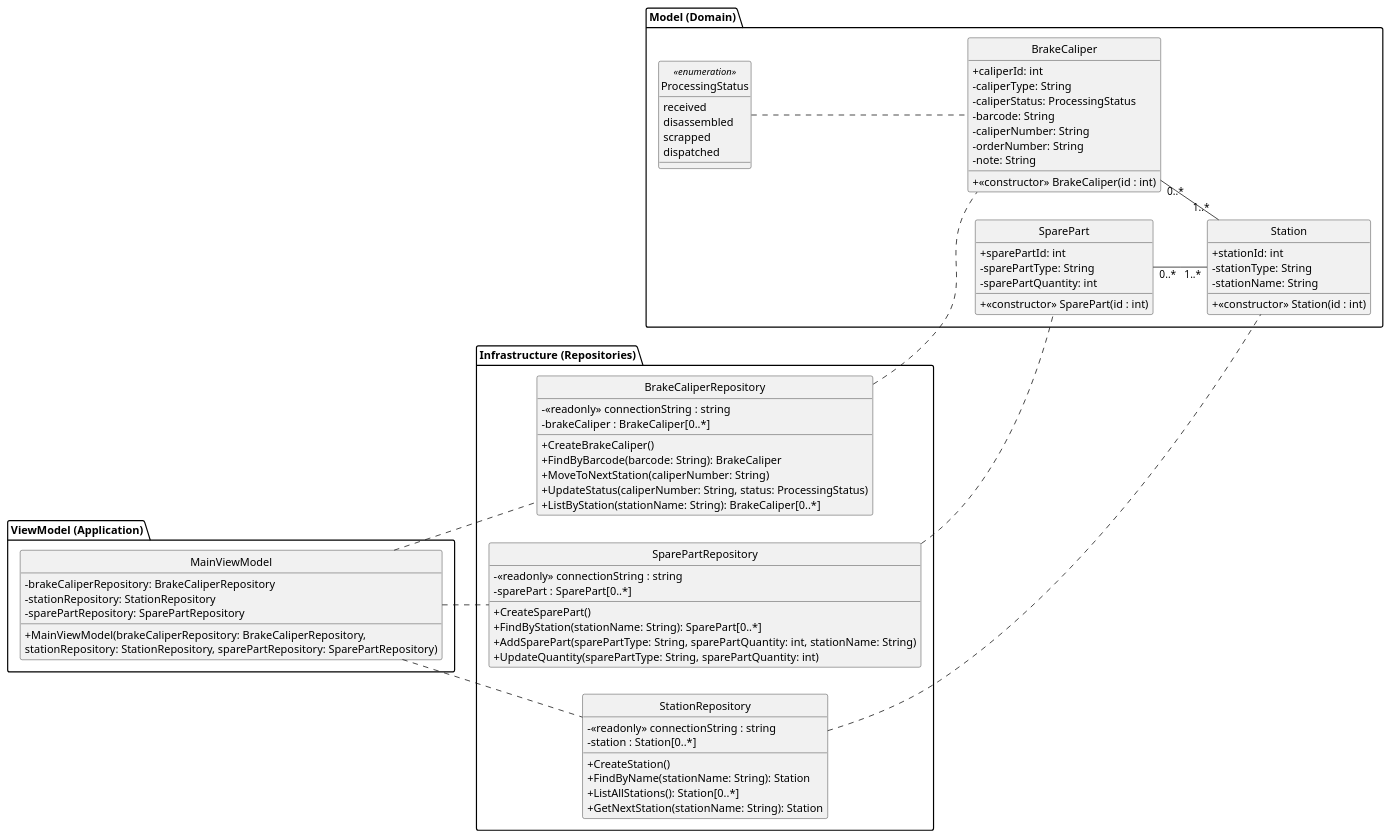
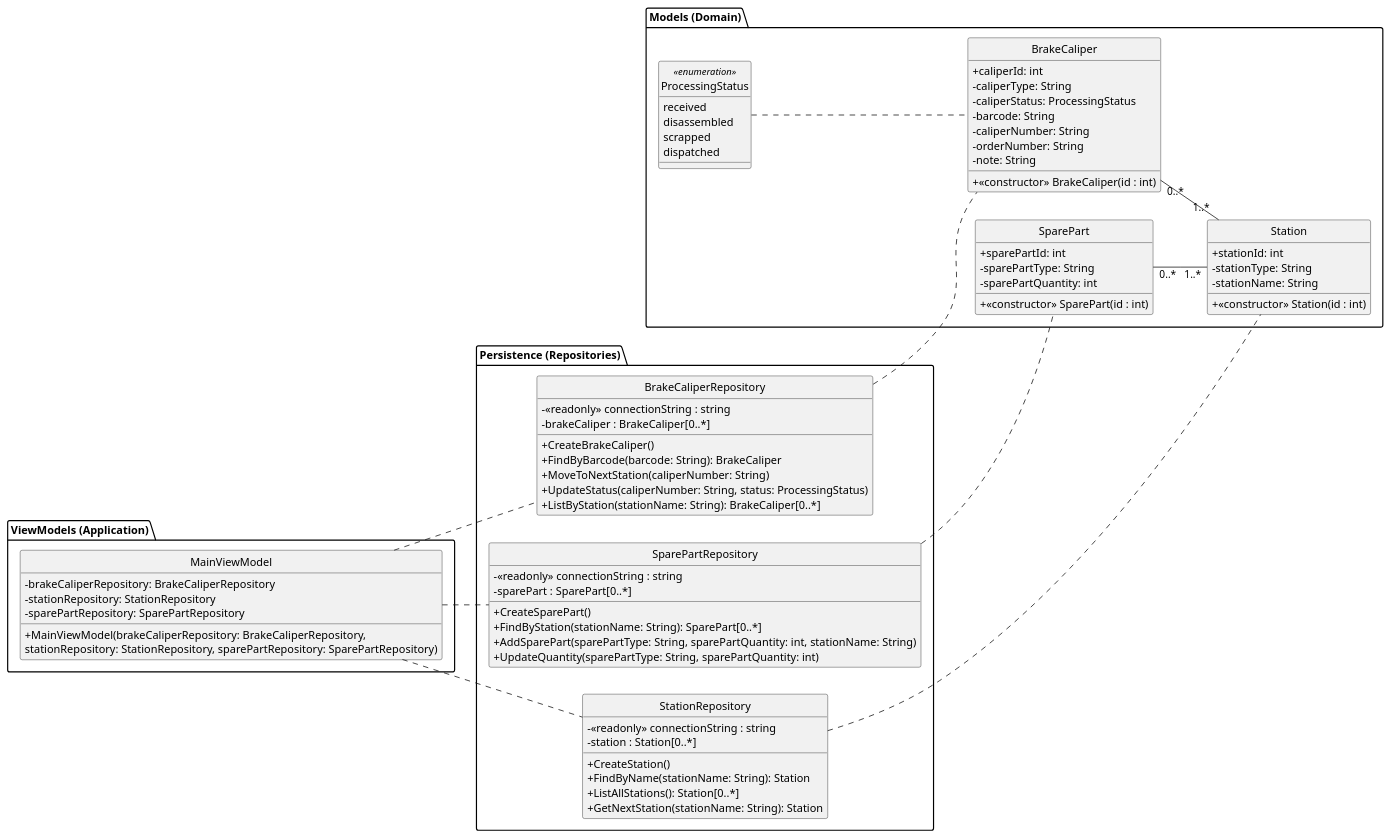
One commit to senan2315/Team-5A-Budweg changed the diagram in Informationsartefakter/13-DCD-Designklassediagram.plantuml. Above: the diagram before and after it, drawn with PlantUML. The commit also changed 18 other files, not shown here.

```diff
--- a/Informationsartefakter/13-DCD-Designklassediagram.plantuml
+++ b/Informationsartefakter/13-DCD-Designklassediagram.plantuml
@@ -1,95 +1,95 @@
 @startuml - Design Class Diagram (DCD) Budweg
 left to right direction 
 skinparam classAttributeIconSize 0
 
-package "ViewModel (Application)"{
+package "ViewModels (Application)"{
     class MainViewModel {
         - brakeCaliperRepository: BrakeCaliperRepository
         - stationRepository: StationRepository
         - sparePartRepository: SparePartRepository
         + MainViewModel(brakeCaliperRepository: BrakeCaliperRepository,
         stationRepository: StationRepository, sparePartRepository: SparePartRepository)
     }
 }
 
-package "Infrastructure (Repositories)" {
+package "Persistence (Repositories)" {
     class BrakeCaliperRepository {
         - «readonly» connectionString : string
         - brakeCaliper : BrakeCaliper[0..*]
         + CreateBrakeCaliper()
         + FindByBarcode(barcode: String): BrakeCaliper
         + MoveToNextStation(caliperNumber: String)
         + UpdateStatus(caliperNumber: String, status: ProcessingStatus)
         + ListByStation(stationName: String): BrakeCaliper[0..*]
 
     }
     class StationRepository {
         - «readonly» connectionString : string
         - station : Station[0..*] 
         + CreateStation()
         + FindByName(stationName: String): Station
         + ListAllStations(): Station[0..*]
         + GetNextStation(stationName: String): Station
     }
     class SparePartRepository {
         - «readonly» connectionString : string
         - sparePart : SparePart[0..*]
         + CreateSparePart()
         + FindByStation(stationName: String): SparePart[0..*]
         + AddSparePart(sparePartType: String, sparePartQuantity: int, stationName: String)
         + UpdateQuantity(sparePartType: String, sparePartQuantity: int)
     }
 }
 
-package "Model (Domain)" {
+package "Models (Domain)" {
     class Station {
         + stationId: int
         - stationType: String
         - stationName: String
         + «constructor» Station(id : int)
     }
 
     class BrakeCaliper {
         + caliperId: int
         - caliperType: String
         - caliperStatus: ProcessingStatus
         - barcode: String
         - caliperNumber: String
         - orderNumber: String 
         - note: String
         + «constructor» BrakeCaliper(id : int)
     }
 
     class ProcessingStatus <<enumeration>> {
         received
         disassembled
         scrapped
         dispatched
     }
 
     class SparePart{
        + sparePartId: int
        - sparePartType: String
        - sparePartQuantity: int
        + «constructor» SparePart(id : int)
     }
 }
 
 
 
 MainViewModel .. StationRepository
 MainViewModel .. BrakeCaliperRepository
 MainViewModel .. SparePartRepository
 
 StationRepository .. Station
 BrakeCaliperRepository .. BrakeCaliper
 SparePartRepository .. SparePart
 
 BrakeCaliper "0..*" -- "1..*" Station
 ProcessingStatus .. BrakeCaliper
 SparePart "0..*" -- "1..*" Station
 
 
 hide circle
 
 @enduml
```
